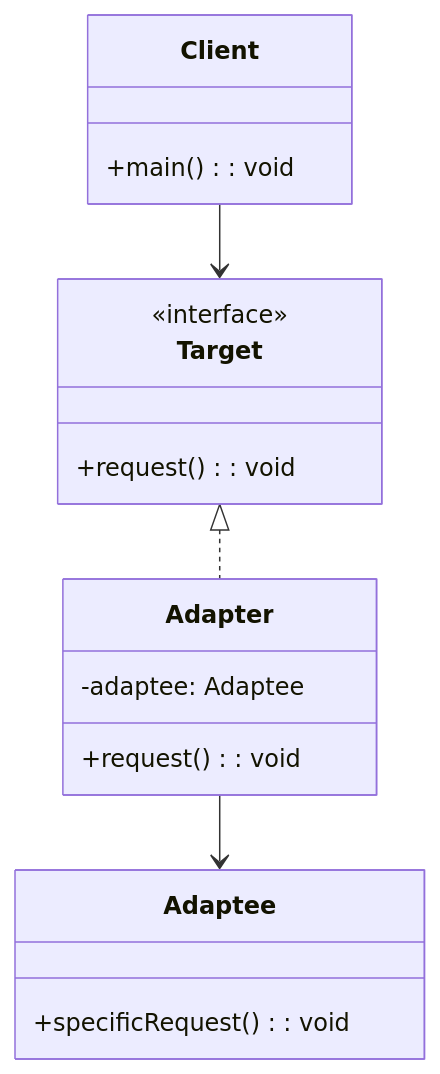
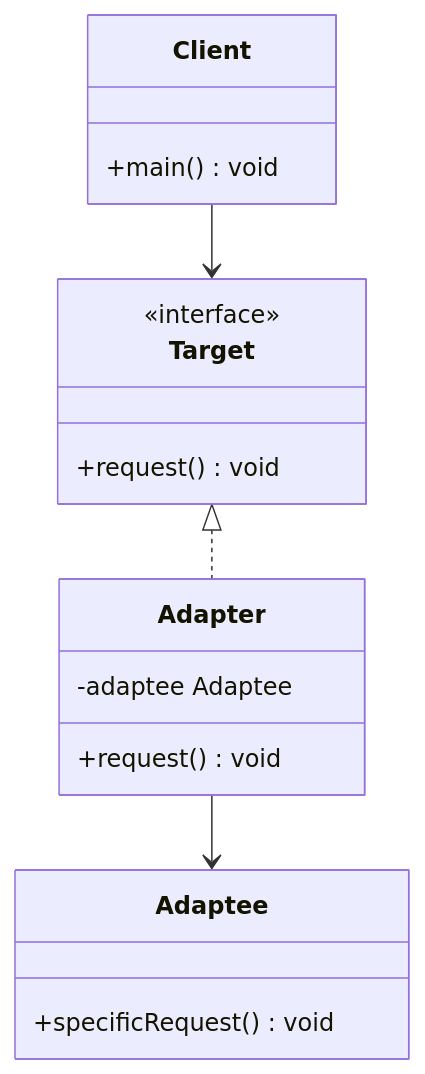
Diagram 14 of 21 in content/posts/教學/分析與設計/Design Pattern教學(二).md (chihhung/Blog), drawn with Mermaid before and after one commit. The commit also changed other lines of this file, not shown here.

Commit message:
修復 Design Pattern 教學(二) 中的 Mermaid mindmap 語法錯誤，改用 graph TB 格式以相容 Mermaid 11.12.1

````diff
--- a/content/posts/教學/分析與設計/Design Pattern教學(二).md
+++ b/content/posts/教學/分析與設計/Design Pattern教學(二).md
@@ -1920,21 +1959,21 @@
 ```mermaid
 classDiagram
     class Target {
         <<interface>>
-        +request(): void
+        +request() void
     }
     class Adapter {
-        -adaptee: Adaptee
-        +request(): void
+        -adaptee Adaptee
+        +request() void
     }
     class Adaptee {
-        +specificRequest(): void
+        +specificRequest() void
     }
     class Client {
-        +main(): void
+        +main() void
     }
     
     Target <|.. Adapter
     Adapter --> Adaptee
     Client --> Target
 ```
````
